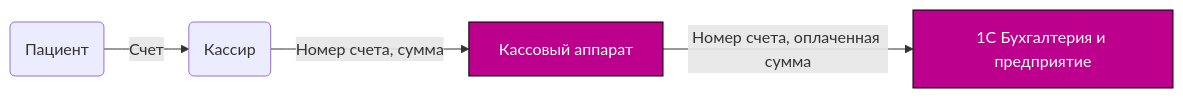
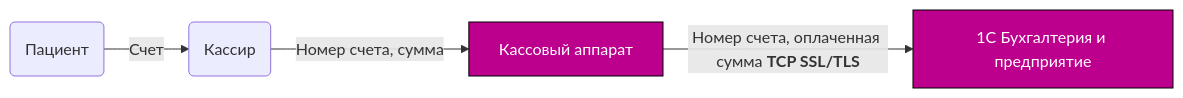
One commit to notnullptr-gh/architechture-sprint-10 changed the fourth of 5 diagrams in Task1/security-measures.md. Above: the diagram before and after it, drawn with Mermaid. The commit also changed other lines of this file and 1 other file, not shown here.

````diff
--- a/Task1/security-measures.md
+++ b/Task1/security-measures.md
@@ -46,13 +53,13 @@
 ```mermaid
 graph LR
     classDef highlight fill:#BC008D,stroke:#000,color:#FFF
 
     Customer(Пациент)
     Employe(Кассир)
     System[Кассовый аппарат]
     System1[1C Бухгалтерия и предприятие]
 
     Customer --> |Счет| Employe
     Employe --> |Номер счета, сумма| System:::highlight
-    System:::highlight --> |Номер счета, оплаченная сумма| System1:::highlight
+    System:::highlight --> |Номер счета, оплаченная сумма <b>TCP SSL/TLS</b>| System1:::highlight
 ```
````
